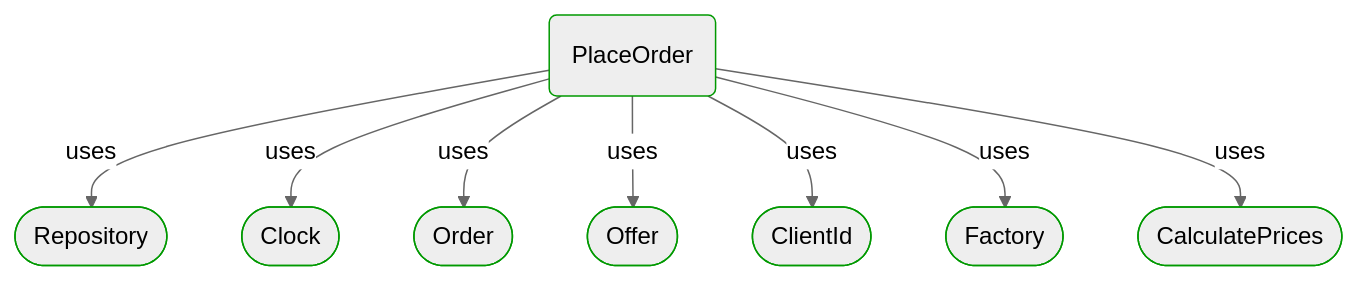
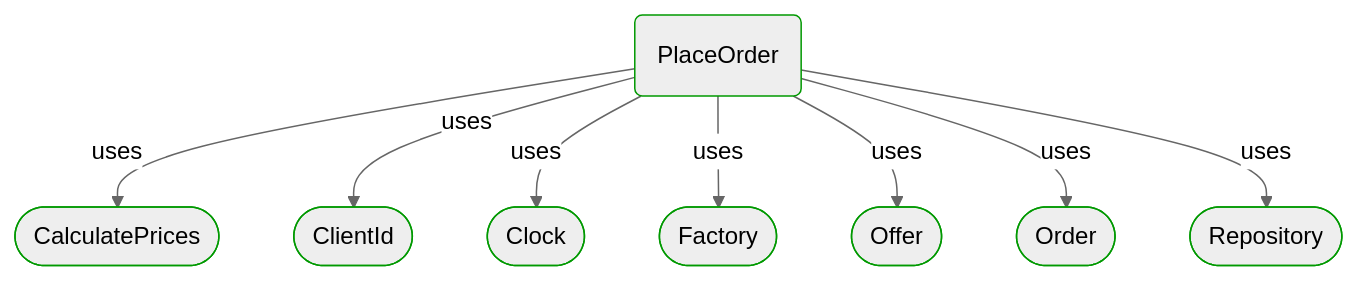
The second of 4 diagrams in Docs/P3/MermaidOutput/ProcessSteps/Sale/Online ordering/PlaceOrder.md (itlibrium/DDD-starter-dotnet), drawn with Mermaid (neutral theme) before and after one commit. The commit also changed 78 other files, not shown here.

````diff
--- a/Docs/P3/MermaidOutput/ProcessSteps/Sale/Online ordering/PlaceOrder.md
+++ b/Docs/P3/MermaidOutput/ProcessSteps/Sale/Online ordering/PlaceOrder.md
@@ -37,29 +37,29 @@
 ```mermaid
   flowchart TB
     0(PlaceOrder)
     class 0 DomainPerspective
-    1([Repository])
+    1([CalculatePrices])
     class 1 DomainPerspective
     0-->|uses|1
-    2([Clock])
+    2([ClientId])
     class 2 DomainPerspective
     0-->|uses|2
-    3([Order])
+    3([Clock])
     class 3 DomainPerspective
     0-->|uses|3
-    4([Offer])
+    4([Factory])
     class 4 DomainPerspective
     0-->|uses|4
-    5([ClientId])
+    5([Offer])
     class 5 DomainPerspective
     0-->|uses|5
-    6([Factory])
+    6([Order])
     class 6 DomainPerspective
     0-->|uses|6
-    7([CalculatePrices])
+    7([Repository])
     class 7 DomainPerspective
     0-->|uses|7
     classDef DomainPerspective stroke:#009900
     classDef TechnologyPerspective stroke:#1F41EB
     classDef PeoplePerspective stroke:#FFF014
 ```
````
